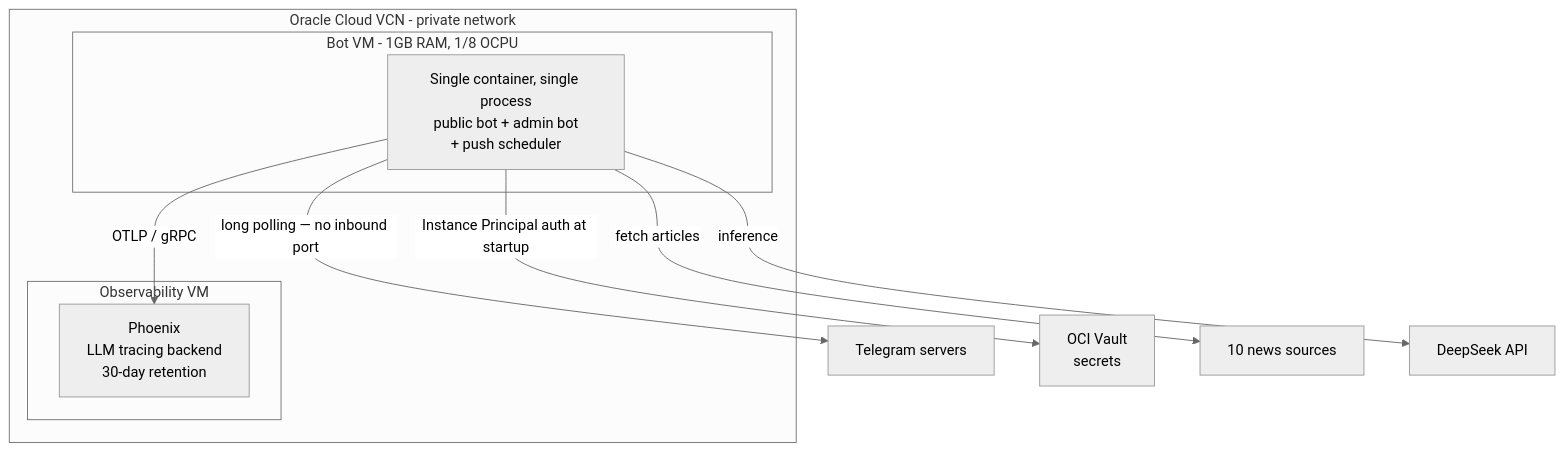
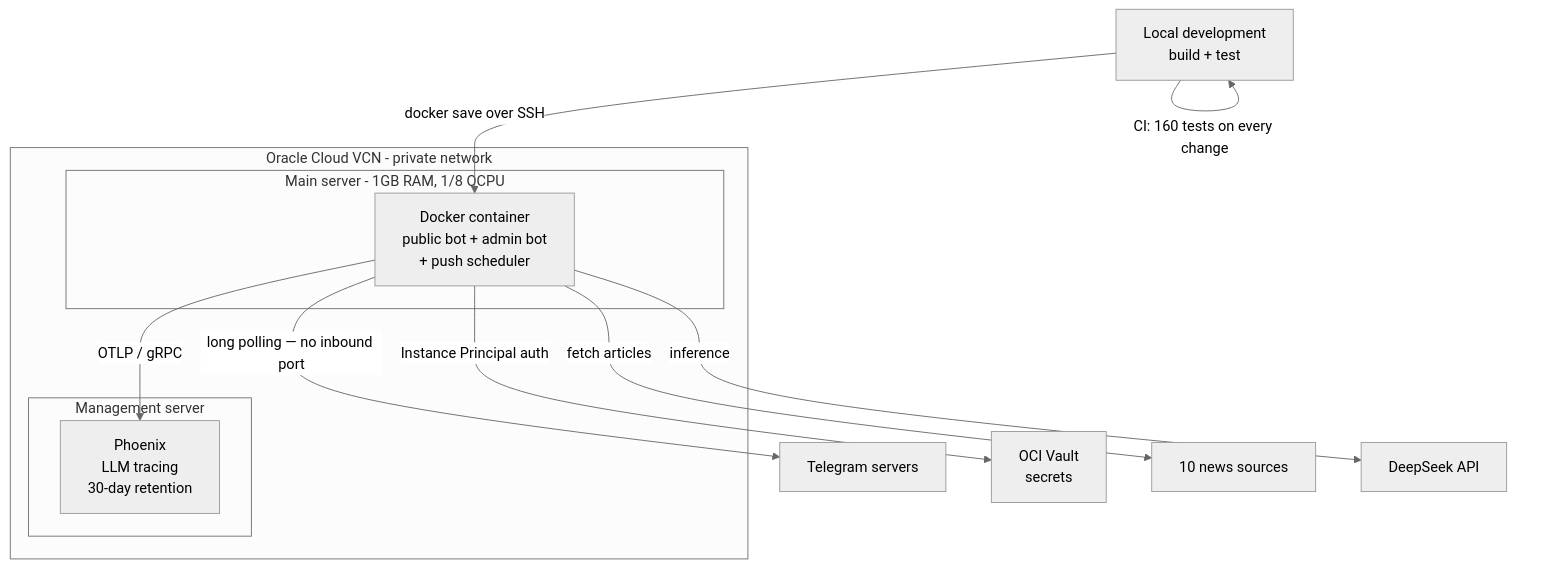
The first of 6 diagrams in docs/system-overview.md (nankma/argus), drawn with Mermaid (neutral theme) before and after one commit. The commit also changed other lines of this file and 2 other files, not shown here.

````diff
--- a/docs/system-overview.md
+++ b/docs/system-overview.md
@@ -218,22 +118,25 @@
 ```mermaid
 flowchart TB
+    DEV["Local development<br/>build + test"]
     TG["Telegram servers"]
     V["OCI Vault<br/>secrets"]
     EXT["10 news sources"]
     LLM["DeepSeek API"]
 
     subgraph VCN["Oracle Cloud VCN - private network"]
-        subgraph BotVM["Bot VM - 1GB RAM, 1/8 OCPU"]
-            C["Single container, single process<br/>public bot + admin bot<br/>+ push scheduler"]
+        subgraph BotVM["Main server - 1GB RAM, 1/8 OCPU"]
+            C["Docker container<br/>public bot + admin bot<br/>+ push scheduler"]
         end
-        subgraph PhxVM["Observability VM"]
-            P["Phoenix<br/>LLM tracing backend<br/>30-day retention"]
+        subgraph PhxVM["Management server"]
+            P["Phoenix<br/>LLM tracing<br/>30-day retention"]
         end
         C -->|OTLP / gRPC| P
     end
 
+    DEV -->|"CI: 160 tests on every change"| DEV
+    DEV -->|"docker save over SSH"| C
     C -->|"long polling — no inbound port"| TG
-    C -->|Instance Principal auth at startup| V
+    C -->|Instance Principal auth| V
     C -->|fetch articles| EXT
     C -->|inference| LLM
 ```
````
